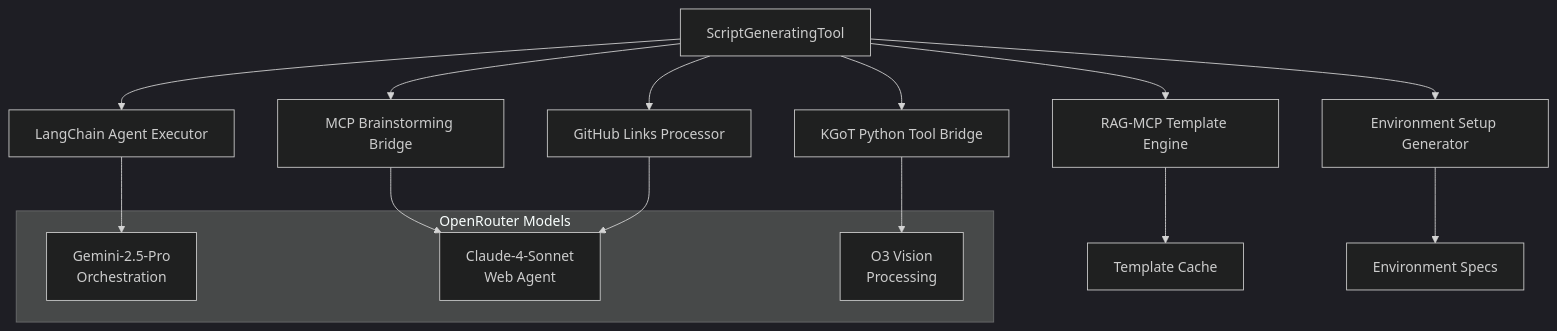
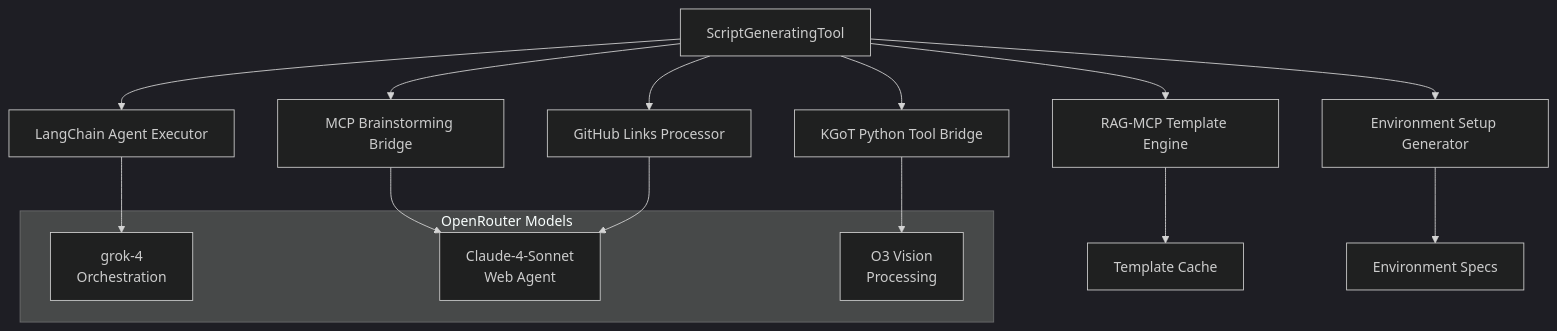
One commit to Nachi-Kulkarni/Kgot-simple-GAIA changed the diagram in alita-kgot-enhanced/docs/TASK_10_SCRIPT_GENERATOR_DOCUMENTATION.md. Above: the diagram before and after it, drawn with Mermaid (dark theme). The commit also changed other lines of this file and 36429 other files, not shown here.

````diff
--- a/alita-kgot-enhanced/docs/TASK_10_SCRIPT_GENERATOR_DOCUMENTATION.md
+++ b/alita-kgot-enhanced/docs/TASK_10_SCRIPT_GENERATOR_DOCUMENTATION.md
@@ -19,22 +19,22 @@
 ```mermaid
 graph TB
     A[ScriptGeneratingTool] --> B[LangChain Agent Executor]
     A --> C[MCP Brainstorming Bridge]
     A --> D[GitHub Links Processor]
     A --> E[RAG-MCP Template Engine]
     A --> F[Environment Setup Generator]
     A --> G[KGoT Python Tool Bridge]
     
-    B --> H[Gemini-2.5-Pro<br/>Orchestration]
+    B --> H[grok-4<br/>Orchestration]
     C --> I[Claude-4-Sonnet<br/>Web Agent]
     D --> I
     E --> J[Template Cache]
     F --> K[Environment Specs]
     G --> L[O3 Vision<br/>Processing]
     
     subgraph "OpenRouter Models"
         H
         I
         L
     end
 ```
````
